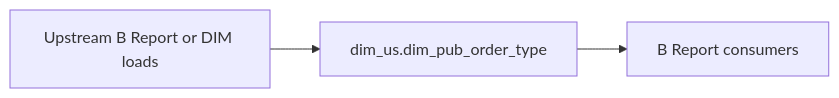
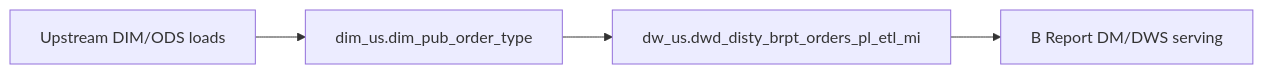
The diagram in backend/defaults/b_report/workspace/target/knowledgebase/b-report-us/dim_pub_order_type.md (chengduhaha/data_agent), drawn with Mermaid before and after one commit. The commit also changed other lines of this file and 1108 other files, not shown here.

````diff
--- a/backend/defaults/b_report/workspace/target/knowledgebase/b-report-us/dim_pub_order_type.md
+++ b/backend/defaults/b_report/workspace/target/knowledgebase/b-report-us/dim_pub_order_type.md
@@ -130,8 +143,10 @@
 ```mermaid
 flowchart LR
-  upstream[Upstream B Report or DIM loads]
-  tgt["dim_us.dim_pub_order_type"]
-  brpt[B Report consumers]
-  upstream --> tgt
-  tgt --> brpt
+  upstream["Upstream DIM/ODS loads"]
+  dim["dim_us.dim_pub_order_type"]
+  hub["dw_us.dwd_disty_brpt_orders_pl_etl_mi"]
+  dm["B Report DM/DWS serving"]
+  upstream --> dim
+  dim --> hub
+  hub --> dm
 ```
````
